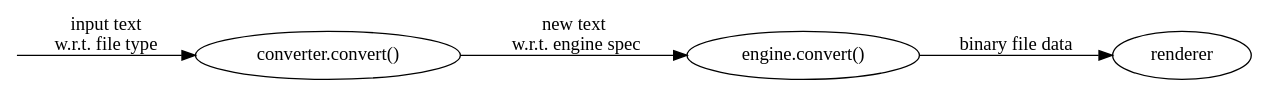
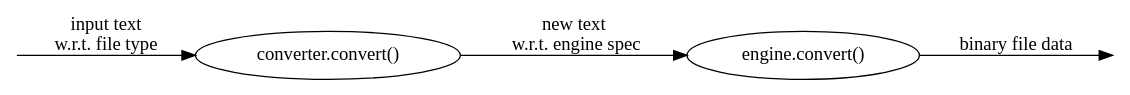
One commit to RandyParedis/GraphDonkey changed the diagram in docs/workflow.gv. Above: the diagram before and after it, drawn with Graphviz. The commit also changed 8 other files, not shown here.

```diff
--- a/docs/workflow.gv
+++ b/docs/workflow.gv
@@ -1,9 +1,10 @@
 digraph {
 	rankdir=LR;
 	start [label="", shape=none, width=0, height=0];
+	renderer [label="", shape=none, width=0, height=0];
 	converter [label="converter.convert()"];
 	engine [label="engine.convert()"];
 	start -> converter [label="input text\nw.r.t. file type"];
 	converter -> engine [label="new text\n  w.r.t. engine spec"];
 	engine -> renderer [label="binary file data"];
 }
```
